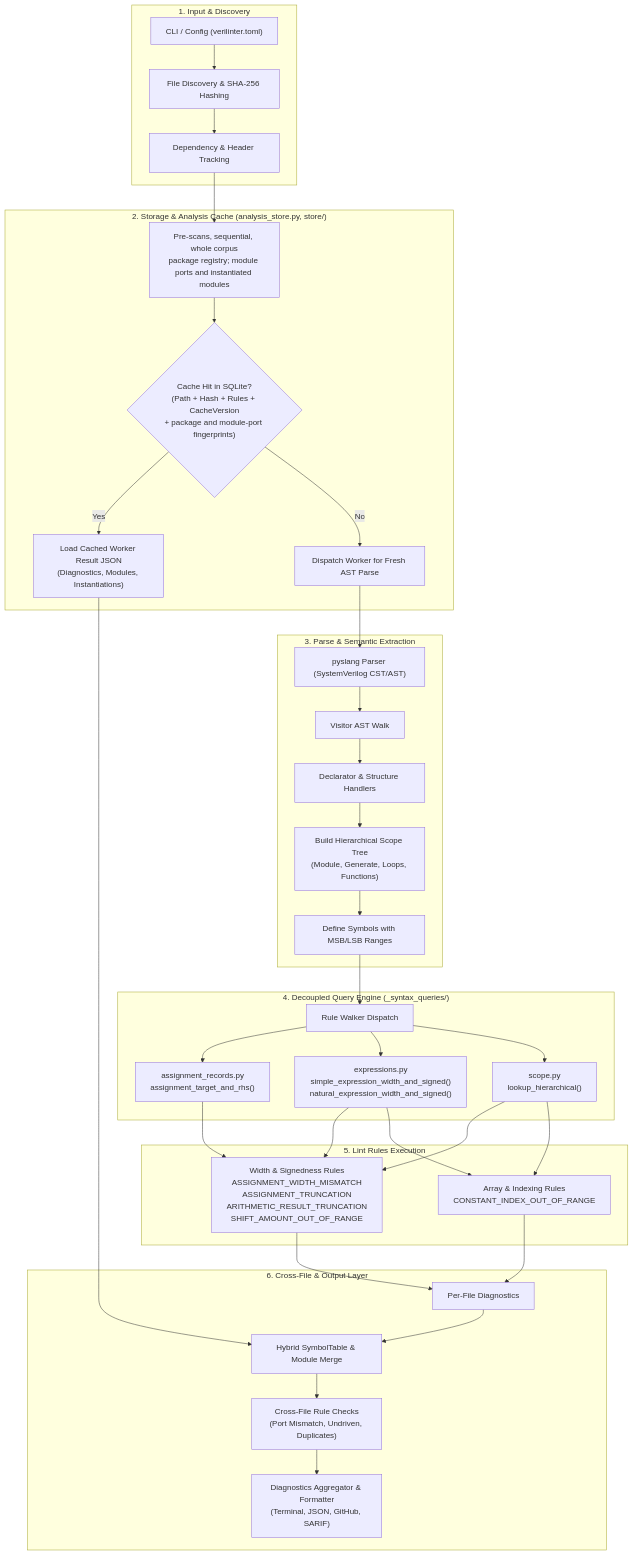
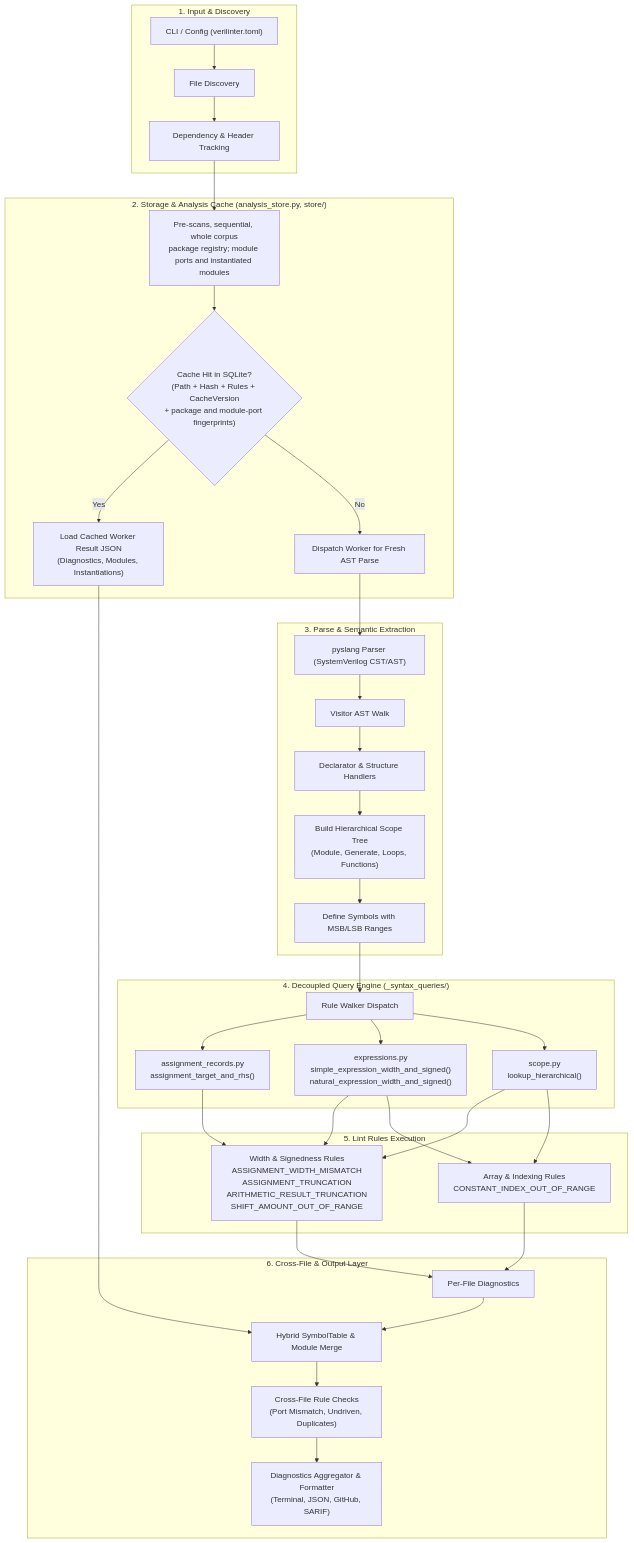
One commit to svalme/Verilinter changed the first of 5 diagrams in docs/ARCHITECTURE.md. Above: the diagram before and after it, drawn with Mermaid. The commit also changed other lines of this file and 1 other file, not shown here.

Commit message:
Corrected the architecture and storage docs on where files are hashed, what the in-memory path does differently, and how header dependencies are checked

````diff
--- a/docs/ARCHITECTURE.md
+++ b/docs/ARCHITECTURE.md
@@ -9,46 +9,46 @@
 ```mermaid
 flowchart TD
     subgraph Input ["1. Input & Discovery"]
-        CLI["CLI / Config (verilinter.toml)"] --> Discover["File Discovery & SHA-256 Hashing"]
+        CLI["CLI / Config (verilinter.toml)"] --> Discover["File Discovery"]
         Discover --> DepTracker["Dependency & Header Tracking"]
     end
 
     subgraph CacheLayer ["2. Storage & Analysis Cache (analysis_store.py, store/)"]
         DepTracker --> PreScans["Pre-scans, sequential, whole corpus<br/>package registry; module ports and instantiated modules"]
         PreScans --> CacheCheck{"Cache Hit in SQLite?<br/>(Path + Hash + Rules + CacheVersion<br/>+ package and module-port fingerprints)"}
         CacheCheck -- Yes --> LoadCache["Load Cached Worker Result JSON<br/>(Diagnostics, Modules, Instantiations)"]
         CacheCheck -- No --> FreshParse["Dispatch Worker for Fresh AST Parse"]
     end
 
     subgraph ParseWalk ["3. Parse & Semantic Extraction"]
         FreshParse --> PySlang["pyslang Parser (SystemVerilog CST/AST)"]
         PySlang --> ASTWalk["Visitor AST Walk"]
         ASTWalk --> Handlers["Declarator & Structure Handlers"]
         Handlers --> ScopeBuild["Build Hierarchical Scope Tree<br/>(Module, Generate, Loops, Functions)"]
         ScopeBuild --> Symbols["Define Symbols with MSB/LSB Ranges"]
     end
 
     subgraph QueryEngine ["4. Decoupled Query Engine (_syntax_queries/)"]
         Symbols --> RuleDispatch["Rule Walker Dispatch"]
         RuleDispatch --> Shapes["assignment_records.py<br/>assignment_target_and_rhs()"]
         RuleDispatch --> ExprEngine["expressions.py<br/>simple_expression_width_and_signed()<br/>natural_expression_width_and_signed()"]
         RuleDispatch --> ScopeQuery["scope.py<br/>lookup_hierarchical()"]
     end
 
     subgraph RulesEngine ["5. Lint Rules Execution"]
         Shapes --> WidthRules["Width & Signedness Rules<br/>ASSIGNMENT_WIDTH_MISMATCH<br/>ASSIGNMENT_TRUNCATION<br/>ARITHMETIC_RESULT_TRUNCATION<br/>SHIFT_AMOUNT_OUT_OF_RANGE"]
         ExprEngine --> WidthRules
         ScopeQuery --> WidthRules
         ScopeQuery --> IndexRules["Array & Indexing Rules<br/>CONSTANT_INDEX_OUT_OF_RANGE"]
         ExprEngine --> IndexRules
     end
 
     subgraph CrossFile ["6. Cross-File & Output Layer"]
         WidthRules --> PerFileDiags["Per-File Diagnostics"]
         IndexRules --> PerFileDiags
         LoadCache --> HybridMerge["Hybrid SymbolTable & Module Merge"]
         PerFileDiags --> HybridMerge
         HybridMerge --> CrossRules["Cross-File Rule Checks<br/>(Port Mismatch, Undriven, Duplicates)"]
         CrossRules --> Reporter["Diagnostics Aggregator & Formatter<br/>(Terminal, JSON, GitHub, SARIF)"]
     end
 ```
````
